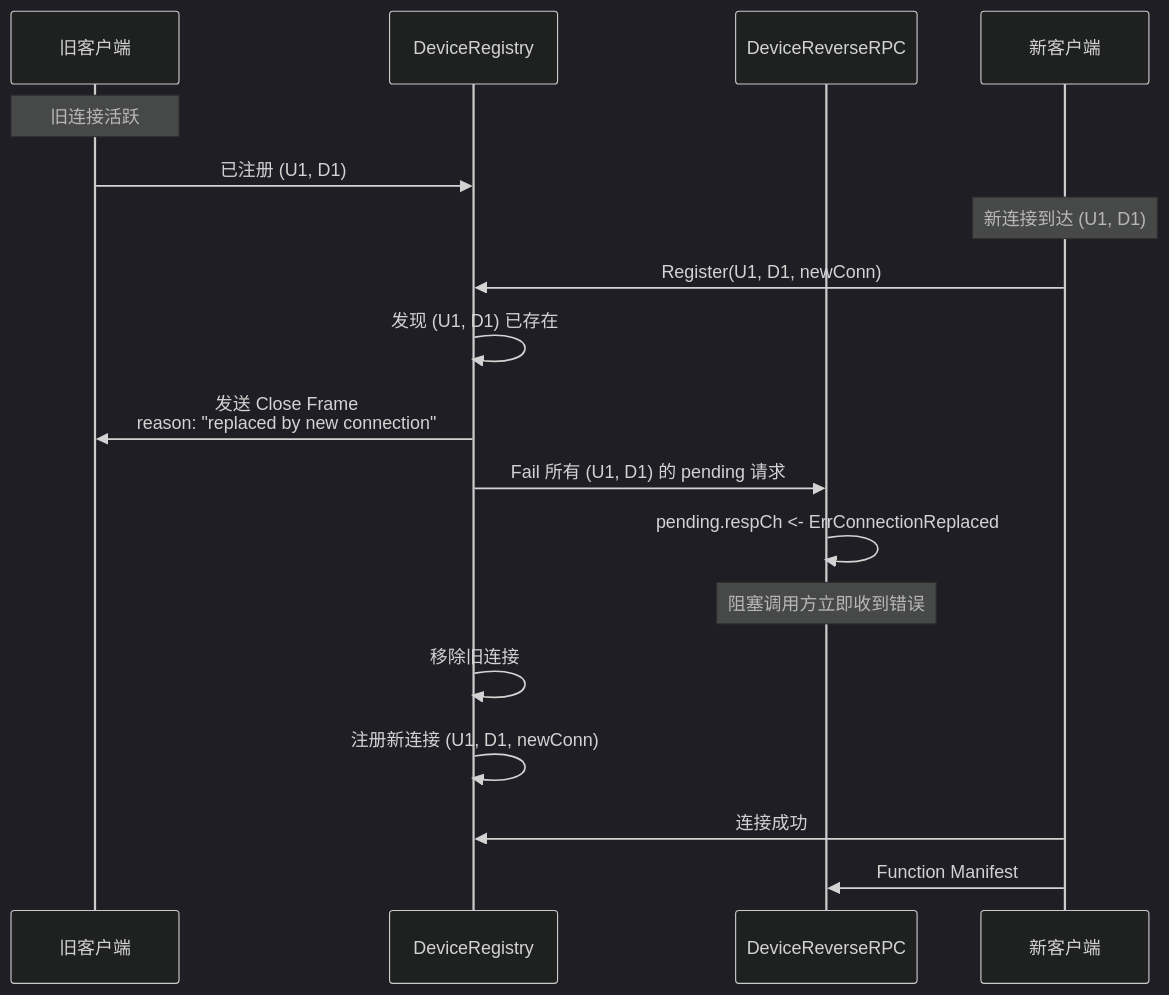
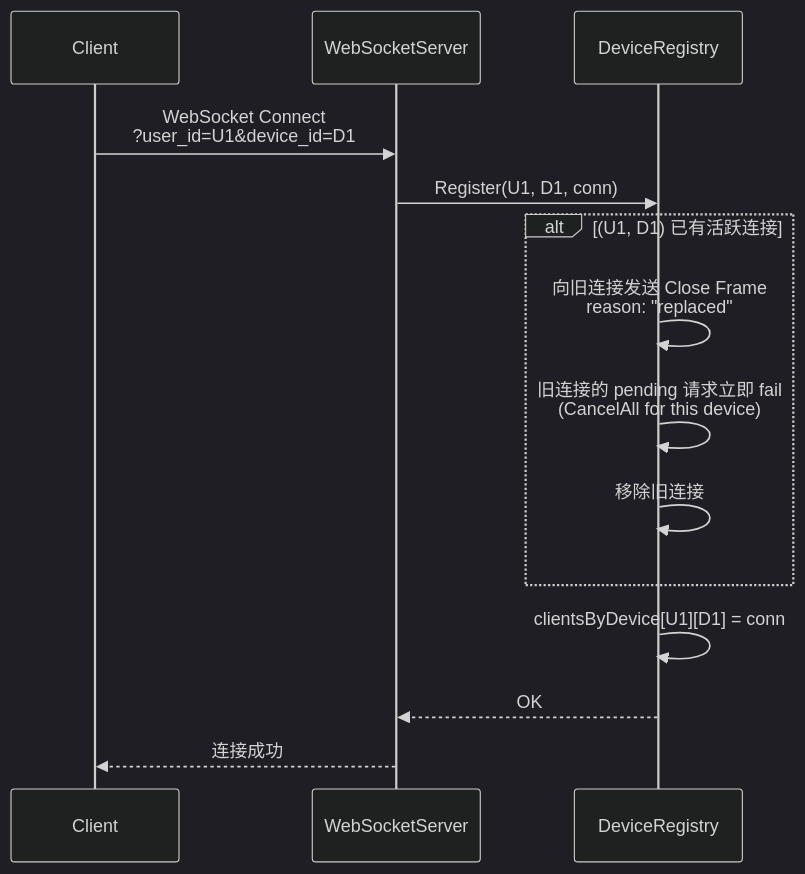
Before and after one commit to PineappleBond/xyncra-server: the third of 6 diagrams in docs/DESIGN_CLIENT_FUNCTION_AGENT_TOOLS.md, drawn with Mermaid (dark theme). The commit also changed other lines of this file, not shown here.

````diff
--- a/docs/DESIGN_CLIENT_FUNCTION_AGENT_TOOLS.md
+++ b/docs/DESIGN_CLIENT_FUNCTION_AGENT_TOOLS.md
@@ -452,24 +411,19 @@
 ```mermaid
 sequenceDiagram
-    participant OldClient as 旧客户端
+    participant Client
+    participant WS as WebSocketServer
     participant DR as DeviceRegistry
-    participant RRPC as DeviceReverseRPC
-    participant NewClient as 新客户端
 
-    Note over OldClient: 旧连接活跃
-    OldClient->>DR: 已注册 (U1, D1)
+    Client->>WS: WebSocket Connect<br/>?user_id=U1&device_id=D1
+    WS->>DR: Register(U1, D1, conn)
 
-    Note over NewClient: 新连接到达 (U1, D1)
-    NewClient->>DR: Register(U1, D1, newConn)
-    DR->>DR: 发现 (U1, D1) 已存在
+    alt (U1, D1) 已有活跃连接
+        DR->>DR: 向旧连接发送 Close Frame<br/>reason: "replaced"
+        DR->>DR: 旧连接的 pending 请求立即 fail<br/>(CancelAll for this device)
+        DR->>DR: 移除旧连接
+    end
 
-    DR->>OldClient: 发送 Close Frame<br/>reason: "replaced by new connection"
-    DR->>RRPC: Fail 所有 (U1, D1) 的 pending 请求
-    RRPC->>RRPC: pending.respCh <- ErrConnectionReplaced
-    Note over RRPC: 阻塞调用方立即收到错误
-
-    DR->>DR: 移除旧连接
-    DR->>DR: 注册新连接 (U1, D1, newConn)
-    NewClient->>DR: 连接成功
-    NewClient->>RRPC: Function Manifest
+    DR->>DR: clientsByDevice[U1][D1] = conn
+    DR-->>WS: OK
+    WS-->>Client: 连接成功
 ```
````
